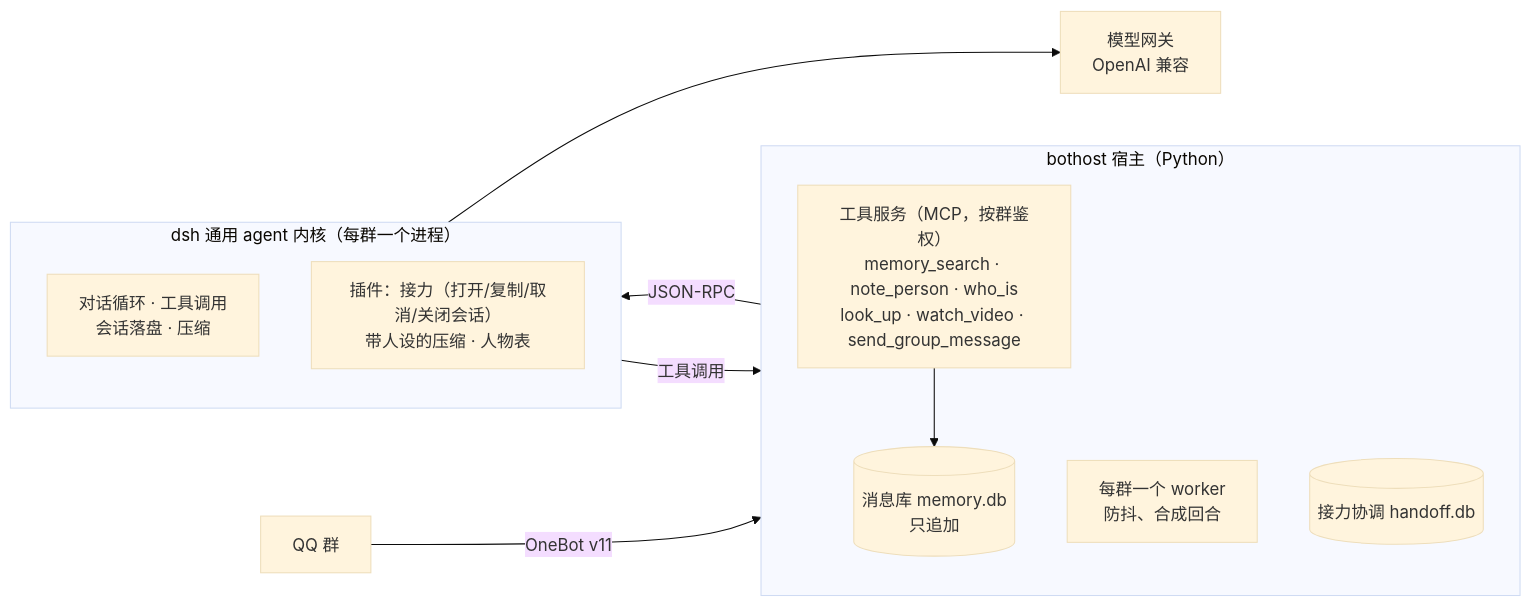
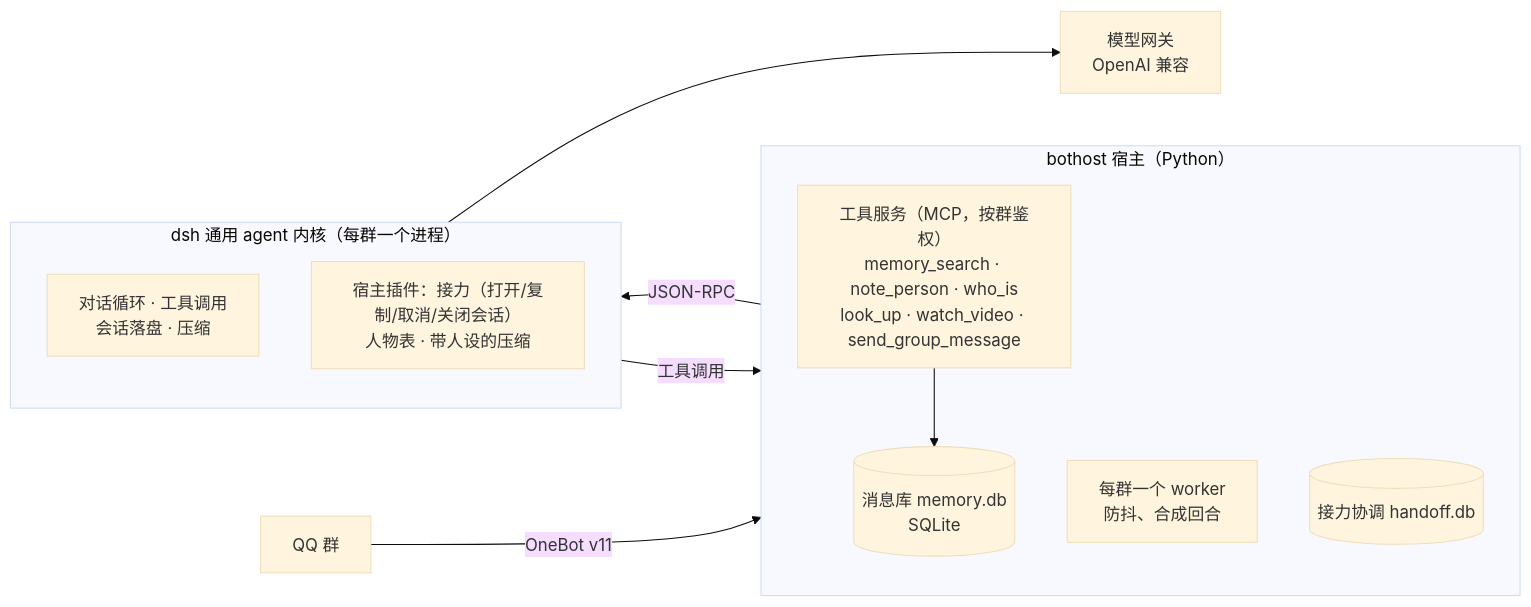
The first of 3 diagrams in docs/overview/architecture.md (shioochicqwq/groupmind), drawn with Mermaid (base theme) before and after one commit. The commit also changed other lines of this file and 5 other files, not shown here.

````diff
--- a/docs/overview/architecture.md
+++ b/docs/overview/architecture.md
@@ -42,20 +44,20 @@
 ```mermaid
 flowchart LR
     QQ[QQ 群] -- OneBot v11 --> H
     subgraph H[bothost 宿主（Python）]
         direction TB
-        ST[(消息库 memory.db<br/>只追加)]
+        ST[(消息库 memory.db<br/>SQLite)]
         WK[每群一个 worker<br/>防抖、合成回合]
         TL[工具服务（MCP，按群鉴权）<br/>memory_search · note_person · who_is<br/>look_up · watch_video · send_group_message]
         HO[(接力协调 handoff.db)]
     end
     subgraph K[dsh 通用 agent 内核（每群一个进程）]
         direction TB
         LOOP[对话循环 · 工具调用<br/>会话落盘 · 压缩]
-        PL[插件：接力（打开/复制/取消/关闭会话）<br/>带人设的压缩 · 人物表]
+        PL[宿主插件：接力（打开/复制/取消/关闭会话）<br/>人物表 · 带人设的压缩]
     end
     WK -- JSON-RPC --> K
     K -- 工具调用 --> TL
     TL --> ST
     K --> GW[模型网关<br/>OpenAI 兼容]
 ```
````
